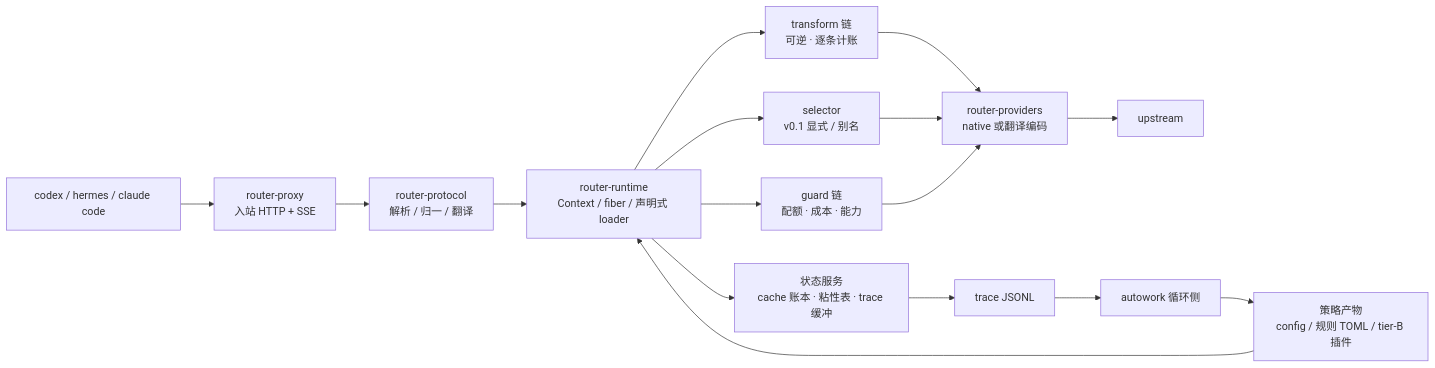
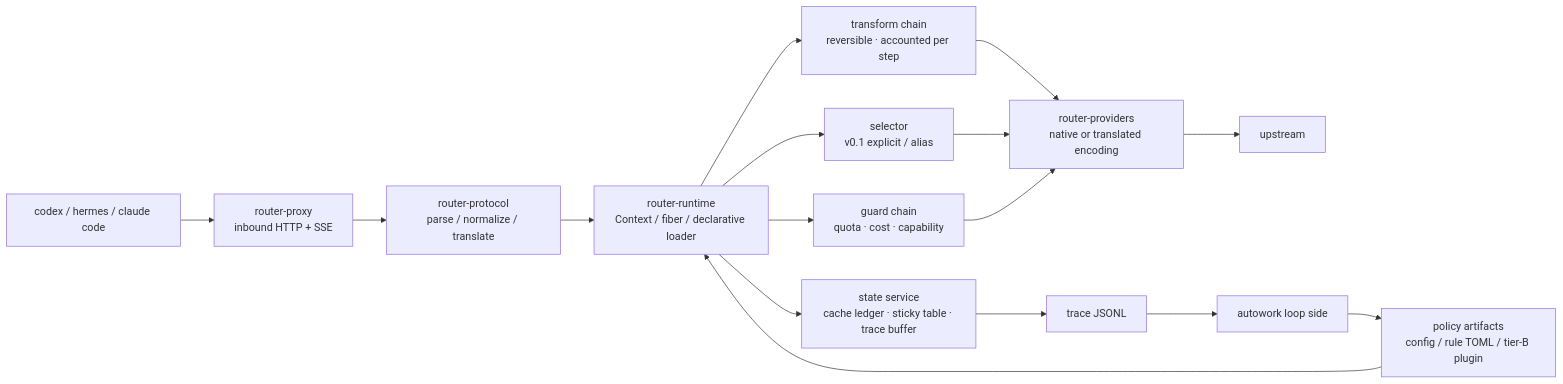
Before and after one commit to flyer103/vadis: the diagram in design/DESIGN.md, drawn with Mermaid. The commit also changed other lines of this file, not shown here.

Commit message:
docs: translate DESIGN.md to English

````diff
--- a/design/DESIGN.md
+++ b/design/DESIGN.md
@@ -7,18 +8,18 @@
 ```mermaid
 flowchart LR
-  C["codex / hermes / claude code"] --> PX["router-proxy<br/>入站 HTTP + SSE"]
-  PX --> PD["router-protocol<br/>解析 / 归一 / 翻译"]
-  PD --> RT["router-runtime<br/>Context / fiber / 声明式 loader"]
-  RT --> TR["transform 链<br/>可逆 · 逐条计账"]
-  RT --> SEL["selector<br/>v0.1 显式 / 别名"]
-  RT --> GD["guard 链<br/>配额 · 成本 · 能力"]
-  TR --> PR["router-providers<br/>native 或翻译编码"]
+  C["codex / hermes / claude code"] --> PX["router-proxy<br/>inbound HTTP + SSE"]
+  PX --> PD["router-protocol<br/>parse / normalize / translate"]
+  PD --> RT["router-runtime<br/>Context / fiber / declarative loader"]
+  RT --> TR["transform chain<br/>reversible · accounted per step"]
+  RT --> SEL["selector<br/>v0.1 explicit / alias"]
+  RT --> GD["guard chain<br/>quota · cost · capability"]
+  TR --> PR["router-providers<br/>native or translated encoding"]
   SEL --> PR
   GD --> PR
   PR --> UP["upstream"]
-  RT --> ST["状态服务<br/>cache 账本 · 粘性表 · trace 缓冲"]
+  RT --> ST["state service<br/>cache ledger · sticky table · trace buffer"]
   ST --> TRC["trace JSONL"]
-  TRC --> AW["autowork 循环侧"]
-  AW --> ART["策略产物<br/>config / 规则 TOML / tier-B 插件"]
+  TRC --> AW["autowork loop side"]
+  AW --> ART["policy artifacts<br/>config / rule TOML / tier-B plugin"]
   ART --> RT
 ```
````
